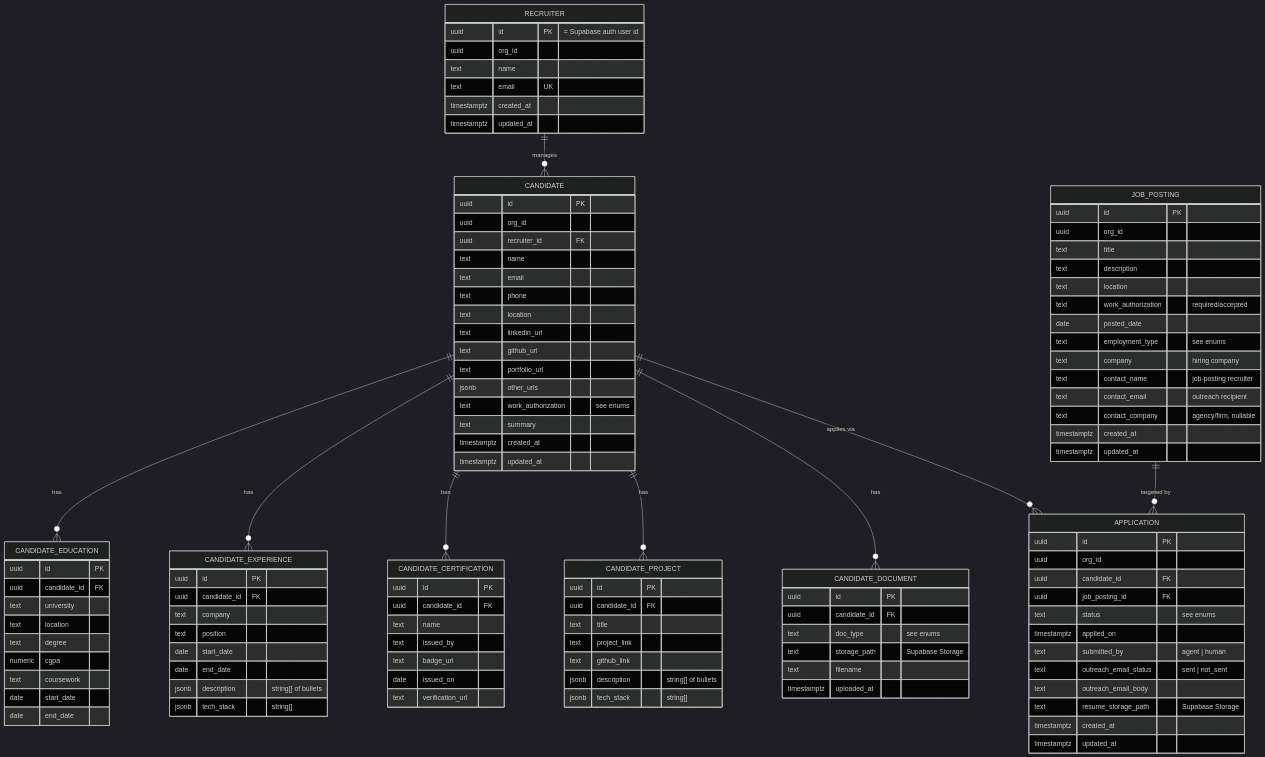
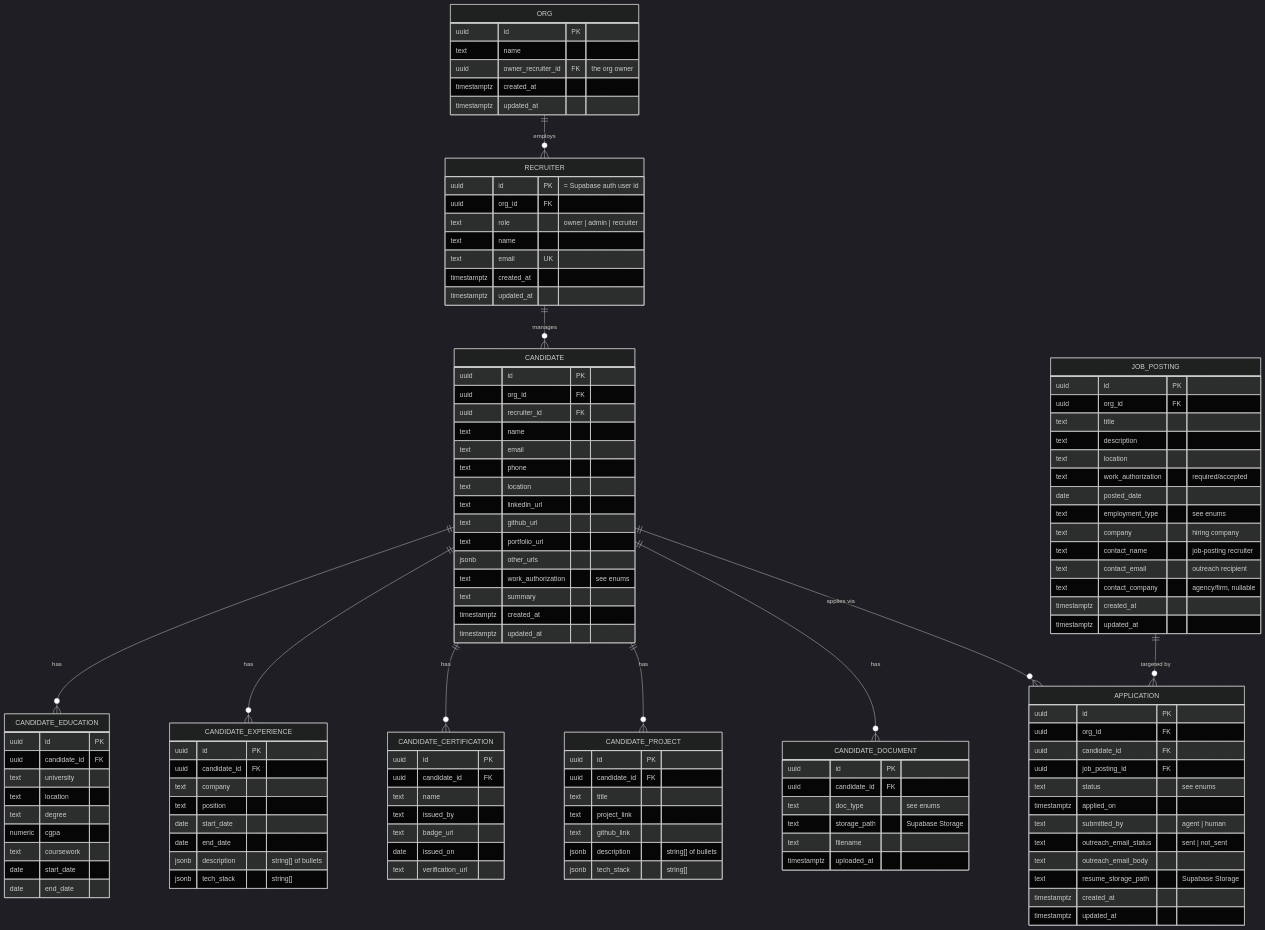
The diagram in docs/database-schema-v1.md (nikhil-chigali/bench-recruiter-agent), drawn with Mermaid (dark theme) before and after one commit. The commit also changed other lines of this file, not shown here.

Commit message:
Add ORG entity and recruiter roles to v1 schema ERD

````diff
--- a/docs/database-schema-v1.md
+++ b/docs/database-schema-v1.md
@@ -12,5 +12,6 @@
 ```mermaid
 erDiagram
+    ORG ||--o{ RECRUITER : employs
     RECRUITER ||--o{ CANDIDATE : manages
     CANDIDATE ||--o{ CANDIDATE_EDUCATION : has
     CANDIDATE ||--o{ CANDIDATE_EXPERIENCE : has
@@ -20,9 +21,17 @@
     CANDIDATE ||--o{ APPLICATION : "applies via"
     JOB_POSTING ||--o{ APPLICATION : "targeted by"
 
+    ORG {
+        uuid id PK
+        text name
+        uuid owner_recruiter_id FK "the org owner"
+        timestamptz created_at
+        timestamptz updated_at
+    }
     RECRUITER {
         uuid id PK "= Supabase auth user id"
-        uuid org_id
+        uuid org_id FK
+        text role "owner | admin | recruiter"
         text name
         text email UK
         timestamptz created_at
@@ -30,7 +39,7 @@
     }
     CANDIDATE {
         uuid id PK
-        uuid org_id
+        uuid org_id FK
         uuid recruiter_id FK
         text name
         text email
@@ -94,7 +103,7 @@
     }
     JOB_POSTING {
         uuid id PK
-        uuid org_id
+        uuid org_id FK
         text title
         text description
         text location
@@ -110,7 +119,7 @@
     }
     APPLICATION {
         uuid id PK
-        uuid org_id
+        uuid org_id FK
         uuid candidate_id FK
         uuid job_posting_id FK
         text status "see enums"
````
